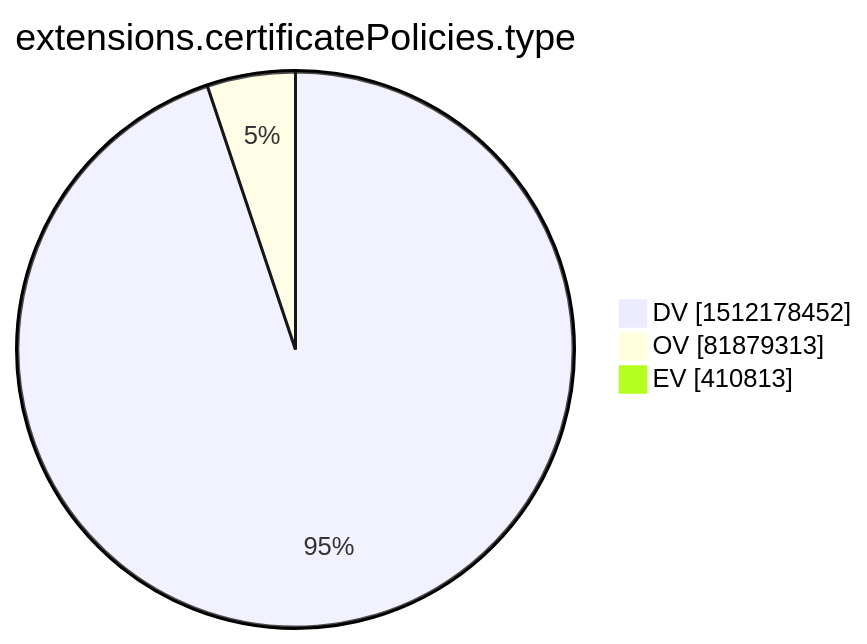
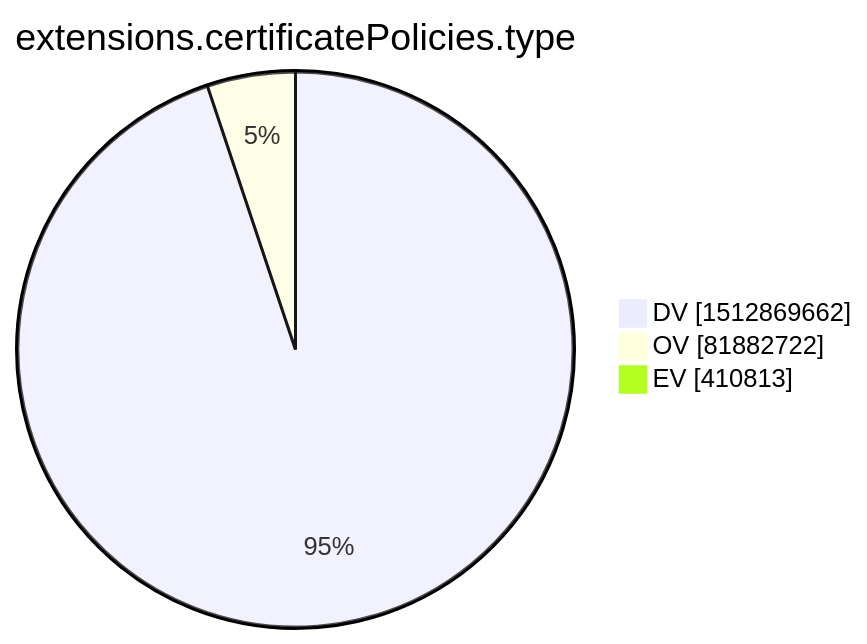
The tenth of 15 diagrams in xenon2022/README.md (christiankrug/ctmonitor_visualization), drawn with Mermaid before and after one commit. The commit also changed other lines of this file, not shown here.

````diff
--- a/xenon2022/README.md
+++ b/xenon2022/README.md
@@ -2875,7 +2875,7 @@
 ```mermaid
 pie showData
 title extensions.certificatePolicies.type
-"DV" :1512178452
-"OV" :81879313
+"DV" :1512869662
+"OV" :81882722
 "EV" :410813
 ```
````
